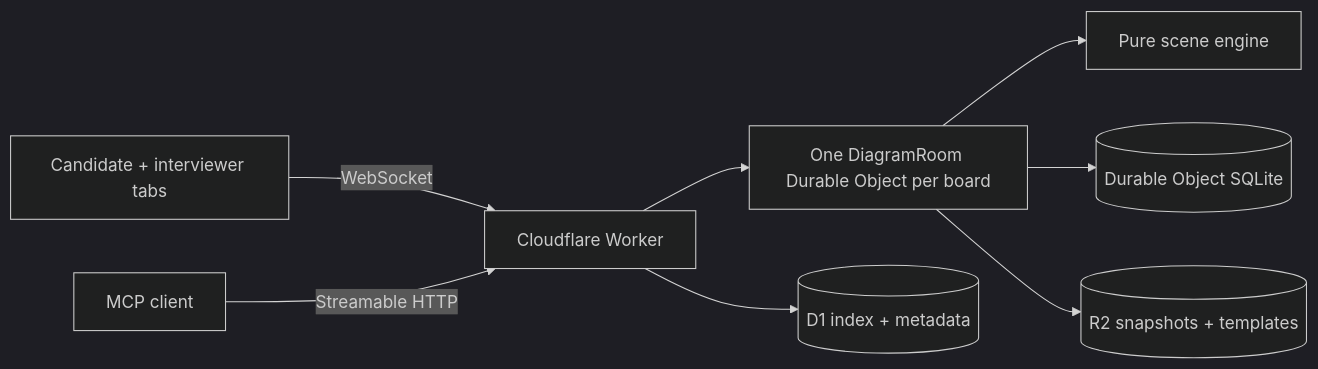
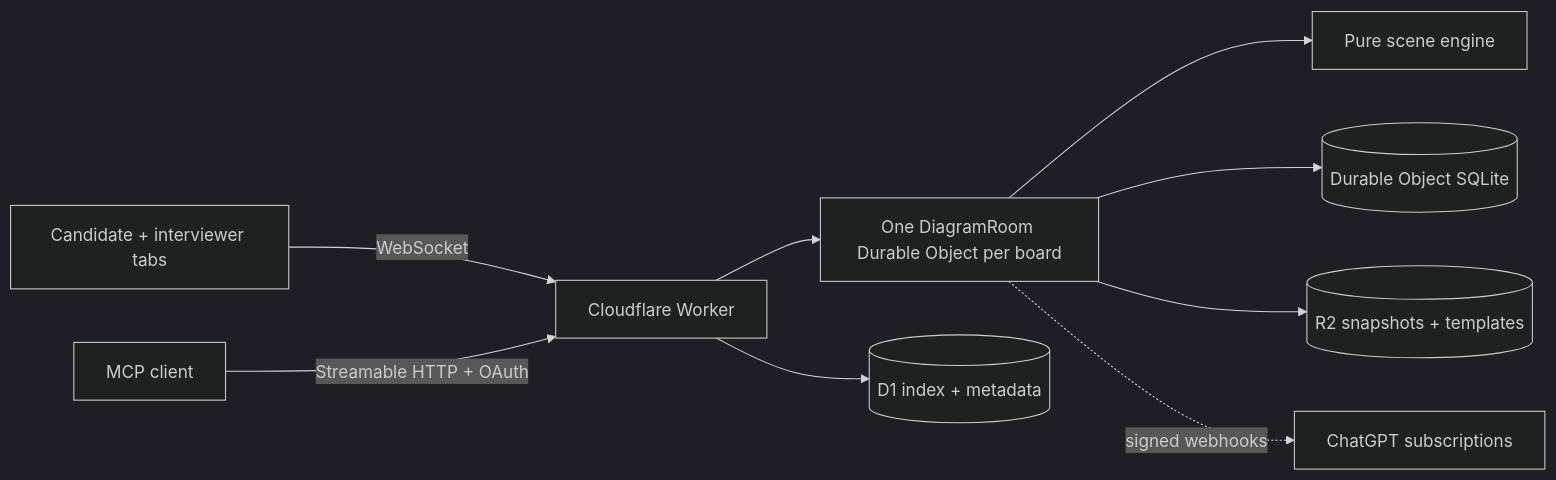
Before and after one commit to aranlucas/system-design-companion: the diagram in README.md, drawn with Mermaid (dark theme). The commit also changed other lines of this file and 27 other files, not shown here.

First line of the commit message:
Add OAuth authorization and MCP webhook events (#17)

````diff
--- a/README.md
+++ b/README.md
@@ -106,10 +115,11 @@
 ```mermaid
 flowchart LR
   Tabs[Candidate + interviewer tabs] -- WebSocket --> Worker[Cloudflare Worker]
-  Agent[MCP client] -- Streamable HTTP --> Worker
+  Agent[MCP client] -- Streamable HTTP + OAuth --> Worker
   Worker --> Room[One DiagramRoom Durable Object per board]
   Room --> Scene[Pure scene engine]
   Room --> DOSQL[(Durable Object SQLite)]
   Worker --> D1[(D1 index + metadata)]
   Room --> R2[(R2 snapshots + templates)]
+  Room -.->|signed webhooks| Chat[ChatGPT subscriptions]
 ```
````
